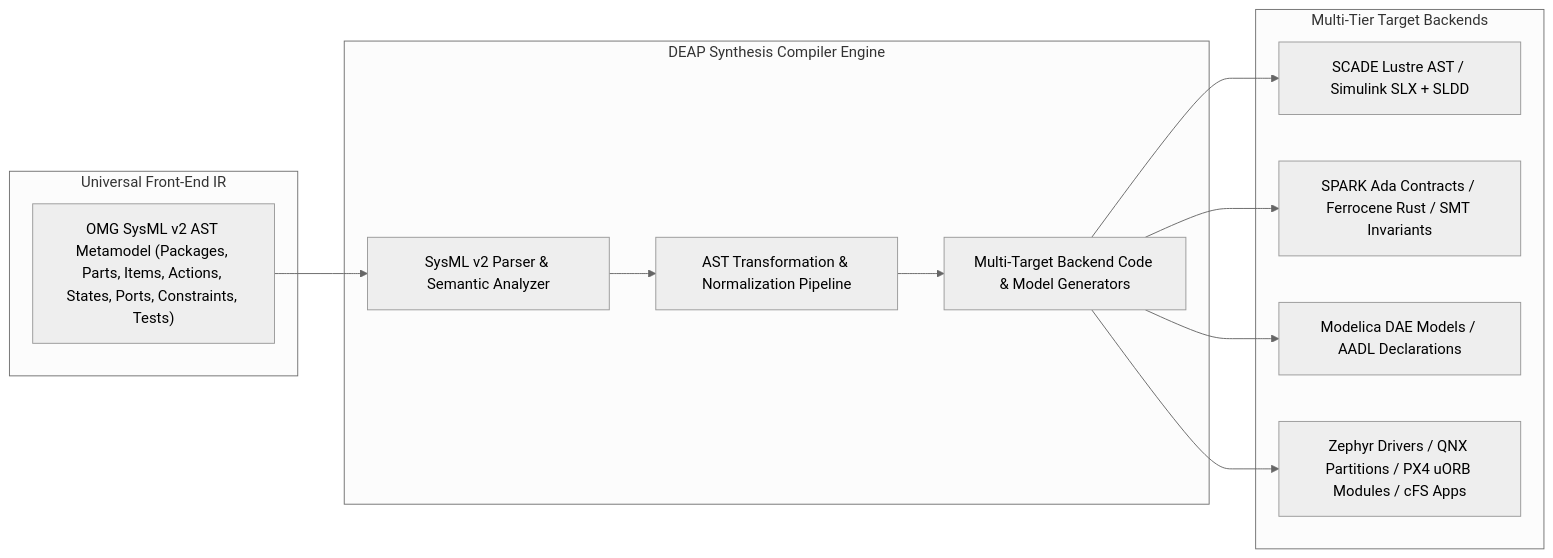
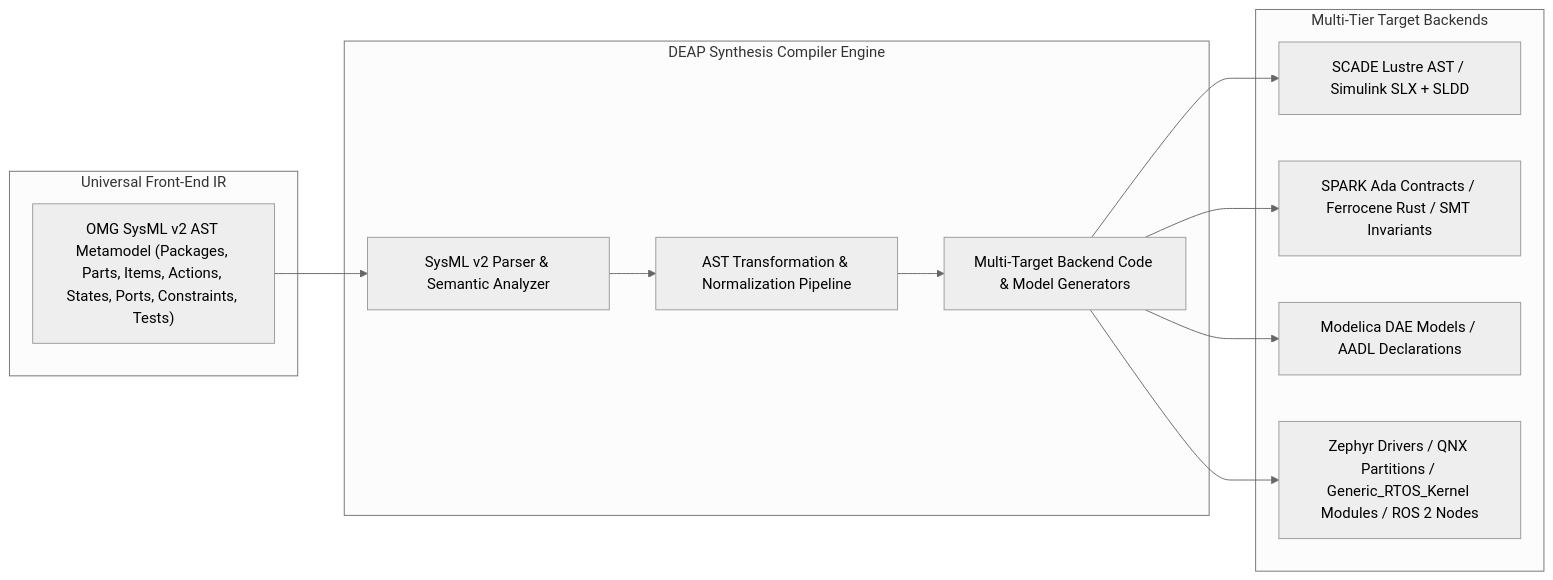
One commit to gintatkinson/DEAP01-spec-core changed the second of 10 diagrams in docs/architecture/blueprints/DEAP_MULTI_TOOLCHAIN_SYNTHESIS_ARCHITECTURE.md. Above: the diagram before and after it, drawn with Mermaid (neutral theme). The commit also changed other lines of this file and 34 other files, not shown here.

Commit message:
docs(architecture): decontaminate reference blueprints and establish master execution plan (refs #405, refs #406)

````diff
--- a/docs/architecture/blueprints/DEAP_MULTI_TOOLCHAIN_SYNTHESIS_ARCHITECTURE.md
+++ b/docs/architecture/blueprints/DEAP_MULTI_TOOLCHAIN_SYNTHESIS_ARCHITECTURE.md
@@ -69,27 +89,27 @@
 ```mermaid
 flowchart LR
     subgraph Frontend_IR ["Universal Front-End IR"]
         AST_IR["OMG SysML v2 AST Metamodel (Packages, Parts, Items, Actions, States, Ports, Constraints, Tests)"]
     end
 
     subgraph DEAP_Compiler ["DEAP Synthesis Compiler Engine"]
         Lexer["SysML v2 Parser & Semantic Analyzer"]
         IR_Transform["AST Transformation & Normalization Pipeline"]
         Backend_Emit["Multi-Target Backend Code & Model Generators"]
     end
 
     subgraph Backend_Targets ["Multi-Tier Target Backends"]
         T1_Out["SCADE Lustre AST / Simulink SLX + SLDD"]
         T2_Out["SPARK Ada Contracts / Ferrocene Rust / SMT Invariants"]
         T3_Out["Modelica DAE Models / AADL Declarations"]
-        T4_Out["Zephyr Drivers / QNX Partitions / PX4 uORB Modules / cFS Apps"]
+        T4_Out["Zephyr Drivers / QNX Partitions / Generic_RTOS_Kernel Modules / ROS 2 Nodes"]
     end
 
     AST_IR --> Lexer
     Lexer --> IR_Transform
     IR_Transform --> Backend_Emit
     Backend_Emit --> T1_Out
     Backend_Emit --> T2_Out
     Backend_Emit --> T3_Out
     Backend_Emit --> T4_Out
 ```
````
